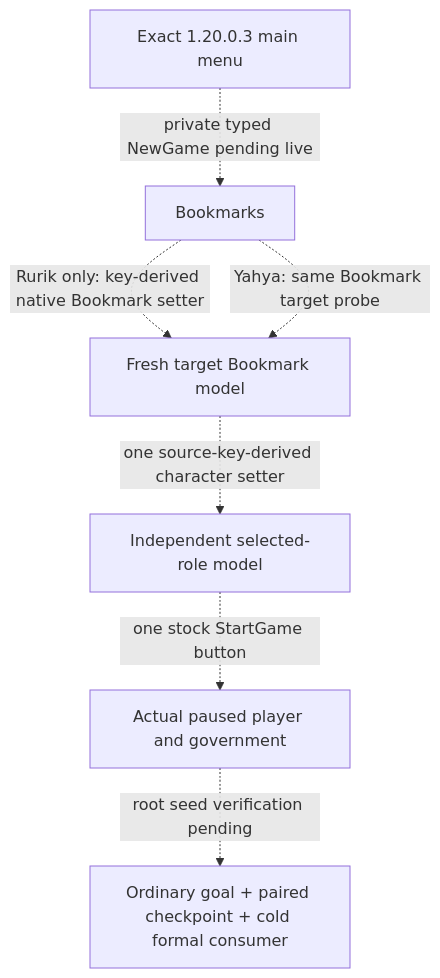
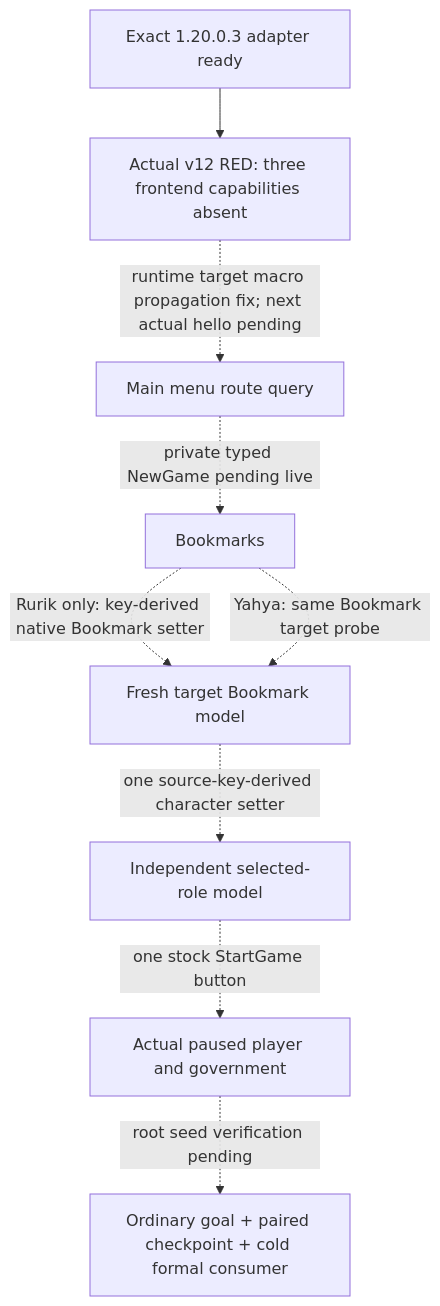
Before and after one commit to XenoAmess/ck3_eternal_recurrence: the second of 2 diagrams in docs/ck3-native-ai/frontend-1066-selected-model.md, drawn with Mermaid. The commit also changed other lines of this file and 1 other file, not shown here.

Commit message:
Propagate bookmark options to the native adapter runtime

````diff
--- a/docs/ck3-native-ai/frontend-1066-selected-model.md
+++ b/docs/ck3-native-ai/frontend-1066-selected-model.md
@@ -144,9 +169,11 @@
 ```mermaid
 flowchart TD
-  A[Exact 1.20.0.3 main menu] -. private typed NewGame pending live .-> B[Bookmarks]
+  A[Exact 1.20.0.3 adapter ready] --> R[Actual v12 RED: three frontend capabilities absent]
+  R -. runtime target macro propagation fix; next actual hello pending .-> A1[Main menu route query]
+  A1 -. private typed NewGame pending live .-> B[Bookmarks]
   B -. Rurik only: key-derived native Bookmark setter .-> C[Fresh target Bookmark model]
   B -. Yahya: same Bookmark target probe .-> C
   C -. one source-key-derived character setter .-> D[Independent selected-role model]
   D -. one stock StartGame button .-> E[Actual paused player and government]
   E -. root seed verification pending .-> F[Ordinary goal + paired checkpoint + cold formal consumer]
 ```
````
